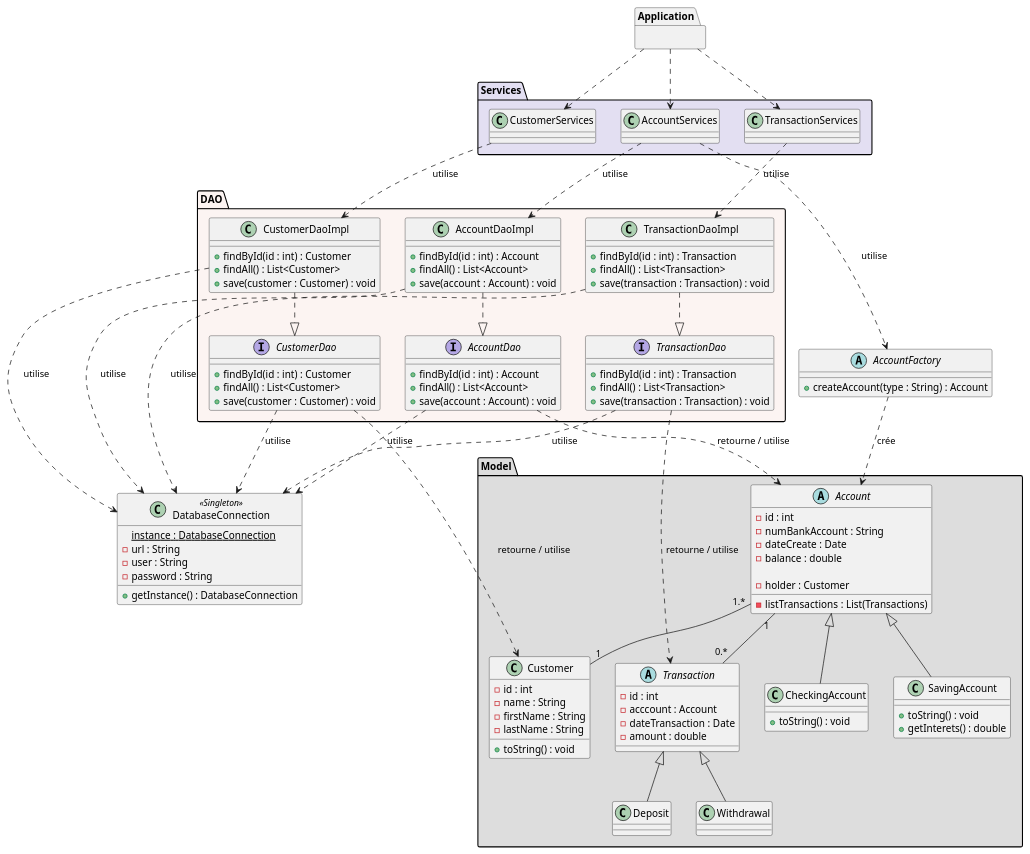
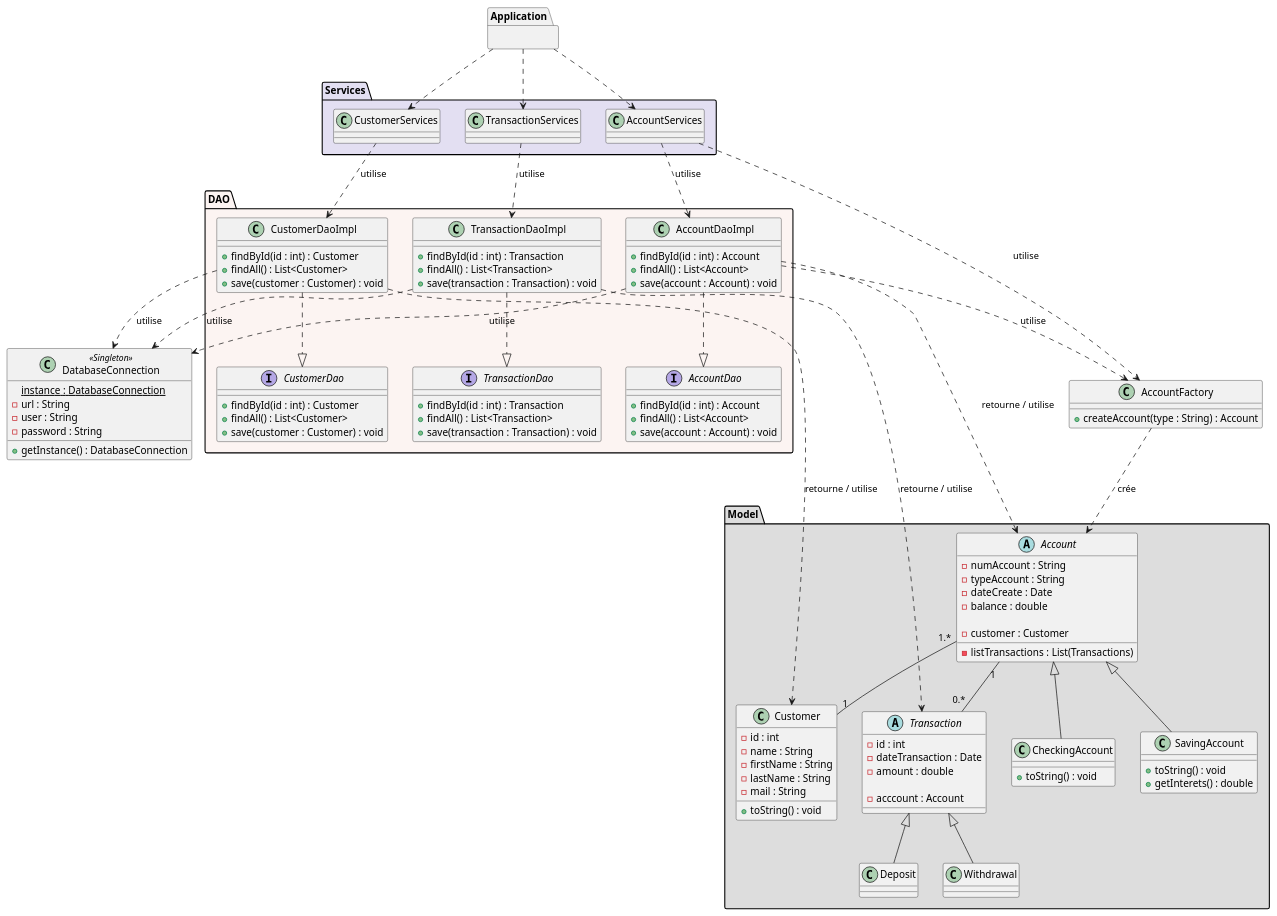
One commit to severinehmfms/TPBank changed the diagram in docs/classes.puml. Above: the diagram before and after it, drawn with PlantUML.

Commit message:
Mise à jour du diagramme de classes

```diff
--- a/docs/classes.puml
+++ b/docs/classes.puml
@@ -1,133 +1,133 @@
 @startuml
 
-abstract class AccountFactory{
+class AccountFactory{
     + createAccount(type : String) : Account
 }
 
 package "Model" #DDDDDD {
     class Customer {
         - id : int
         - name : String
         - firstName : String
         - lastName : String
+        - mail : String
         + toString() : void
     }
     abstract class Account{
-        - id : int
-        - numBankAccount : String
+        - numAccount : String
+        - typeAccount : String
         - dateCreate : Date
         - balance : double
 
-        - holder : Customer
+        - customer : Customer
         - listTransactions : List(Transactions)
     }
     class CheckingAccount extends Account{
         + toString() : void
     }
     class SavingAccount extends Account{
         + toString() : void
         + getInterets() : double
     }
     abstract class Transaction{
         - id : int
-        - acccount : Account
         - dateTransaction : Date
         - amount : double
+
+        - acccount : Account
     }
     class Deposit extends Transaction{
 
     }
     class Withdrawal extends Transaction{
 
     }
 }
 
 package "Services" #E3DFF2 {
     class CustomerServices{
 
     }
     class AccountServices{
 
     }
     class TransactionServices{
 
     }
 }
 
 package "Application" {
 
 }
 
 package "DAO" #FCF4F2 {
     interface CustomerDao {
         + findById(id : int) : Customer
         + findAll() : List<Customer>
         + save(customer : Customer) : void
     }
     class CustomerDaoImpl {
         + findById(id : int) : Customer
         + findAll() : List<Customer>
         + save(customer : Customer) : void
     }
     interface AccountDao {
         + findById(id : int) : Account
         + findAll() : List<Account>
         + save(account : Account) : void
     }
     class AccountDaoImpl {
         + findById(id : int) : Account
         + findAll() : List<Account>
         + save(account : Account) : void
     }
     interface TransactionDao {
         + findById(id : int) : Transaction
         + findAll() : List<Transaction>
         + save(transaction : Transaction) : void
     }
     class TransactionDaoImpl {
         + findById(id : int) : Transaction
         + findAll() : List<Transaction>
         + save(transaction : Transaction) : void
     }
 }
 
 class DatabaseConnection <<Singleton>> {
     {static} instance : DatabaseConnection
     - url : String
     - user : String
     - password : String
     + getInstance() : DatabaseConnection
 }
 
 Account "1.*" -- "1" Customer
 Account "1" -- "0.*" Transaction
 
 AccountFactory ..> Account : crée
 
-CustomerDao ..> DatabaseConnection : utilise
-AccountDao ..> DatabaseConnection : utilise
-TransactionDao ..> DatabaseConnection : utilise
+CustomerDaoImpl ..> DatabaseConnection : utilise
+AccountDaoImpl ..> DatabaseConnection : utilise
+TransactionDaoImpl ..> DatabaseConnection : utilise
 
 CustomerDaoImpl ..|> CustomerDao
-CustomerDao ..> Customer : retourne / utilise
-CustomerDaoImpl ..> DatabaseConnection : utilise
+CustomerDaoImpl ..> Customer : retourne / utilise
 
 AccountDaoImpl ..|> AccountDao
-AccountDao ..> Account : retourne / utilise
-AccountDaoImpl ..> DatabaseConnection : utilise
+AccountDaoImpl ..> Account : retourne / utilise
+AccountDaoImpl ..> AccountFactory : utilise
 
 TransactionDaoImpl ..|> TransactionDao
-TransactionDao ..> Transaction : retourne / utilise
-TransactionDaoImpl ..> DatabaseConnection : utilise
+TransactionDaoImpl ..> Transaction : retourne / utilise
 
 CustomerServices ..> CustomerDaoImpl : utilise
 AccountServices ..> AccountDaoImpl : utilise
 TransactionServices ..> TransactionDaoImpl : utilise
 
 AccountServices ..> AccountFactory : utilise
 
 Application ..> AccountServices
 Application ..> TransactionServices
 Application ..> CustomerServices
 
 @enduml
```
